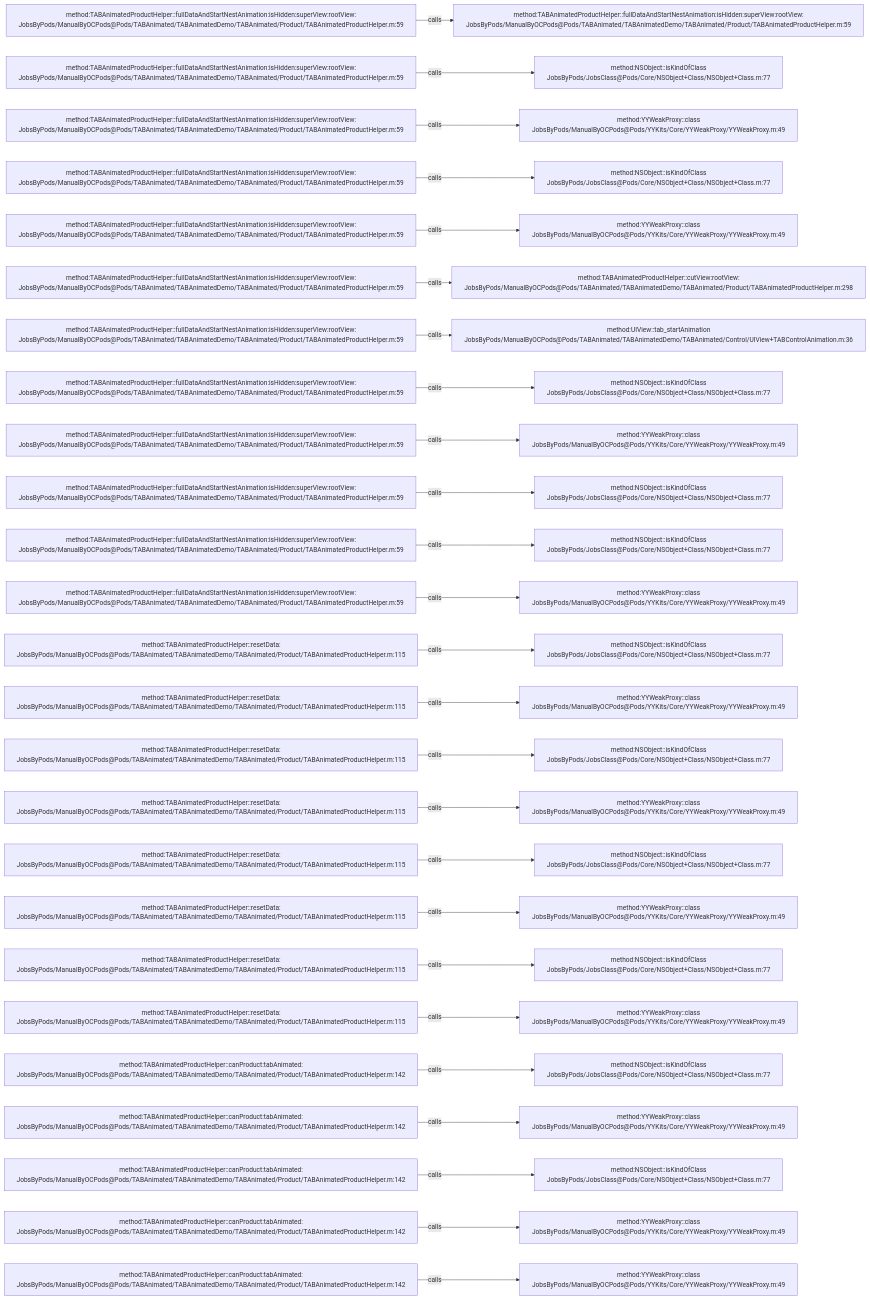
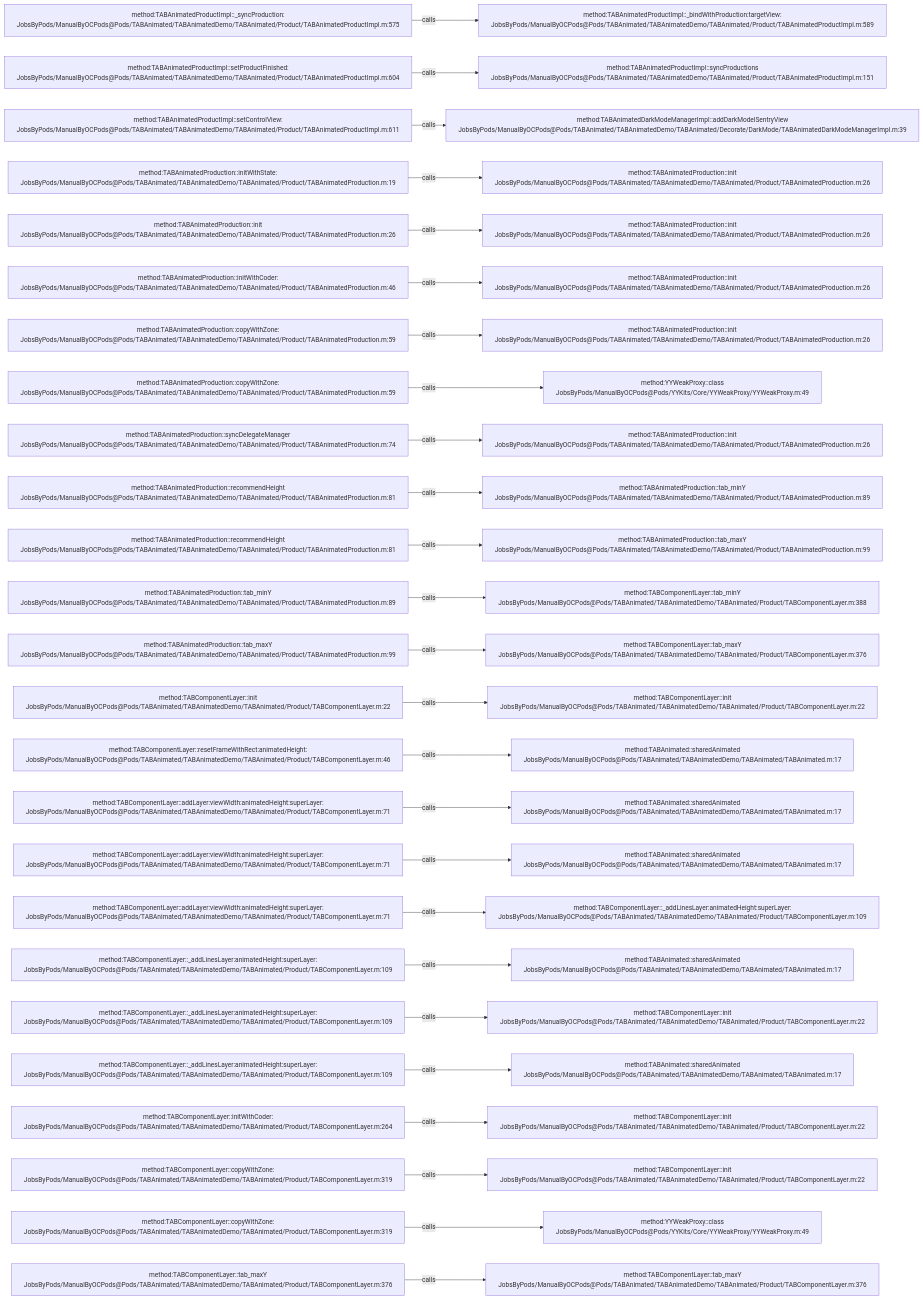
One commit to JobsKits/JobsOCBaseConfigDemo changed the diagram in .codegraph/codegraph.md/graphs/calls-025.md. Above: the diagram before and after it, drawn with Mermaid. The commit also changed 2723 other files, not shown here.

````diff
--- a/.codegraph/codegraph.md/graphs/calls-025.md
+++ b/.codegraph/codegraph.md/graphs/calls-025.md
@@ -13,78 +13,78 @@
 ```mermaid
 flowchart LR
-  S1["method:TABAnimatedProductHelper::fullDataAndStartNestAnimation:isHidden:superView:rootView:<br/>JobsByPods/ManualByOCPods@Pods/TABAnimated/TABAnimatedDemo/TABAnimated/Product/TABAnimatedProductHelper.m:59"]
-  T1["method:TABAnimatedProductHelper::fullDataAndStartNestAnimation:isHidden:superView:rootView:<br/>JobsByPods/ManualByOCPods@Pods/TABAnimated/TABAnimatedDemo/TABAnimated/Product/TABAnimatedProductHelper.m:59"]
+  S1["method:TABAnimatedProductImpl::_syncProduction:<br/>JobsByPods/ManualByOCPods@Pods/TABAnimated/TABAnimatedDemo/TABAnimated/Product/TABAnimatedProductImpl.m:575"]
+  T1["method:TABAnimatedProductImpl::_bindWithProduction:targetView:<br/>JobsByPods/ManualByOCPods@Pods/TABAnimated/TABAnimatedDemo/TABAnimated/Product/TABAnimatedProductImpl.m:589"]
   S1 -->|calls| T1
-  S2["method:TABAnimatedProductHelper::fullDataAndStartNestAnimation:isHidden:superView:rootView:<br/>JobsByPods/ManualByOCPods@Pods/TABAnimated/TABAnimatedDemo/TABAnimated/Product/TABAnimatedProductHelper.m:59"]
-  T2["method:NSObject::isKindOfClass<br/>JobsByPods/JobsClass@Pods/Core/NSObject+Class/NSObject+Class.m:77"]
+  S2["method:TABAnimatedProductImpl::setProductFinished:<br/>JobsByPods/ManualByOCPods@Pods/TABAnimated/TABAnimatedDemo/TABAnimated/Product/TABAnimatedProductImpl.m:604"]
+  T2["method:TABAnimatedProductImpl::syncProductions<br/>JobsByPods/ManualByOCPods@Pods/TABAnimated/TABAnimatedDemo/TABAnimated/Product/TABAnimatedProductImpl.m:151"]
   S2 -->|calls| T2
-  S3["method:TABAnimatedProductHelper::fullDataAndStartNestAnimation:isHidden:superView:rootView:<br/>JobsByPods/ManualByOCPods@Pods/TABAnimated/TABAnimatedDemo/TABAnimated/Product/TABAnimatedProductHelper.m:59"]
-  T3["method:YYWeakProxy::class<br/>JobsByPods/ManualByOCPods@Pods/YYKits/Core/YYWeakProxy/YYWeakProxy.m:49"]
+  S3["method:TABAnimatedProductImpl::setControlView:<br/>JobsByPods/ManualByOCPods@Pods/TABAnimated/TABAnimatedDemo/TABAnimated/Product/TABAnimatedProductImpl.m:611"]
+  T3["method:TABAnimatedDarkModeManagerImpl::addDarkModelSentryView<br/>JobsByPods/ManualByOCPods@Pods/TABAnimated/TABAnimatedDemo/TABAnimated/Decorate/DarkMode/TABAnimatedDarkModeManagerImpl.m:39"]
   S3 -->|calls| T3
-  S4["method:TABAnimatedProductHelper::fullDataAndStartNestAnimation:isHidden:superView:rootView:<br/>JobsByPods/ManualByOCPods@Pods/TABAnimated/TABAnimatedDemo/TABAnimated/Product/TABAnimatedProductHelper.m:59"]
-  T4["method:NSObject::isKindOfClass<br/>JobsByPods/JobsClass@Pods/Core/NSObject+Class/NSObject+Class.m:77"]
+  S4["method:TABAnimatedProduction::initWithState:<br/>JobsByPods/ManualByOCPods@Pods/TABAnimated/TABAnimatedDemo/TABAnimated/Product/TABAnimatedProduction.m:19"]
+  T4["method:TABAnimatedProduction::init<br/>JobsByPods/ManualByOCPods@Pods/TABAnimated/TABAnimatedDemo/TABAnimated/Product/TABAnimatedProduction.m:26"]
   S4 -->|calls| T4
-  S5["method:TABAnimatedProductHelper::fullDataAndStartNestAnimation:isHidden:superView:rootView:<br/>JobsByPods/ManualByOCPods@Pods/TABAnimated/TABAnimatedDemo/TABAnimated/Product/TABAnimatedProductHelper.m:59"]
-  T5["method:YYWeakProxy::class<br/>JobsByPods/ManualByOCPods@Pods/YYKits/Core/YYWeakProxy/YYWeakProxy.m:49"]
+  S5["method:TABAnimatedProduction::init<br/>JobsByPods/ManualByOCPods@Pods/TABAnimated/TABAnimatedDemo/TABAnimated/Product/TABAnimatedProduction.m:26"]
+  T5["method:TABAnimatedProduction::init<br/>JobsByPods/ManualByOCPods@Pods/TABAnimated/TABAnimatedDemo/TABAnimated/Product/TABAnimatedProduction.m:26"]
   S5 -->|calls| T5
-  S6["method:TABAnimatedProductHelper::fullDataAndStartNestAnimation:isHidden:superView:rootView:<br/>JobsByPods/ManualByOCPods@Pods/TABAnimated/TABAnimatedDemo/TABAnimated/Product/TABAnimatedProductHelper.m:59"]
-  T6["method:TABAnimatedProductHelper::cutView:rootView:<br/>JobsByPods/ManualByOCPods@Pods/TABAnimated/TABAnimatedDemo/TABAnimated/Product/TABAnimatedProductHelper.m:298"]
+  S6["method:TABAnimatedProduction::initWithCoder:<br/>JobsByPods/ManualByOCPods@Pods/TABAnimated/TABAnimatedDemo/TABAnimated/Product/TABAnimatedProduction.m:46"]
+  T6["method:TABAnimatedProduction::init<br/>JobsByPods/ManualByOCPods@Pods/TABAnimated/TABAnimatedDemo/TABAnimated/Product/TABAnimatedProduction.m:26"]
   S6 -->|calls| T6
-  S7["method:TABAnimatedProductHelper::fullDataAndStartNestAnimation:isHidden:superView:rootView:<br/>JobsByPods/ManualByOCPods@Pods/TABAnimated/TABAnimatedDemo/TABAnimated/Product/TABAnimatedProductHelper.m:59"]
-  T7["method:UIView::tab_startAnimation<br/>JobsByPods/ManualByOCPods@Pods/TABAnimated/TABAnimatedDemo/TABAnimated/Control/UIView+TABControlAnimation.m:36"]
+  S7["method:TABAnimatedProduction::copyWithZone:<br/>JobsByPods/ManualByOCPods@Pods/TABAnimated/TABAnimatedDemo/TABAnimated/Product/TABAnimatedProduction.m:59"]
+  T7["method:TABAnimatedProduction::init<br/>JobsByPods/ManualByOCPods@Pods/TABAnimated/TABAnimatedDemo/TABAnimated/Product/TABAnimatedProduction.m:26"]
   S7 -->|calls| T7
-  S8["method:TABAnimatedProductHelper::fullDataAndStartNestAnimation:isHidden:superView:rootView:<br/>JobsByPods/ManualByOCPods@Pods/TABAnimated/TABAnimatedDemo/TABAnimated/Product/TABAnimatedProductHelper.m:59"]
-  T8["method:NSObject::isKindOfClass<br/>JobsByPods/JobsClass@Pods/Core/NSObject+Class/NSObject+Class.m:77"]
+  S8["method:TABAnimatedProduction::copyWithZone:<br/>JobsByPods/ManualByOCPods@Pods/TABAnimated/TABAnimatedDemo/TABAnimated/Product/TABAnimatedProduction.m:59"]
+  T8["method:YYWeakProxy::class<br/>JobsByPods/ManualByOCPods@Pods/YYKits/Core/YYWeakProxy/YYWeakProxy.m:49"]
   S8 -->|calls| T8
-  S9["method:TABAnimatedProductHelper::fullDataAndStartNestAnimation:isHidden:superView:rootView:<br/>JobsByPods/ManualByOCPods@Pods/TABAnimated/TABAnimatedDemo/TABAnimated/Product/TABAnimatedProductHelper.m:59"]
-  T9["method:YYWeakProxy::class<br/>JobsByPods/ManualByOCPods@Pods/YYKits/Core/YYWeakProxy/YYWeakProxy.m:49"]
+  S9["method:TABAnimatedProduction::syncDelegateManager<br/>JobsByPods/ManualByOCPods@Pods/TABAnimated/TABAnimatedDemo/TABAnimated/Product/TABAnimatedProduction.m:74"]
+  T9["method:TABAnimatedProduction::init<br/>JobsByPods/ManualByOCPods@Pods/TABAnimated/TABAnimatedDemo/TABAnimated/Product/TABAnimatedProduction.m:26"]
   S9 -->|calls| T9
-  S10["method:TABAnimatedProductHelper::fullDataAndStartNestAnimation:isHidden:superView:rootView:<br/>JobsByPods/ManualByOCPods@Pods/TABAnimated/TABAnimatedDemo/TABAnimated/Product/TABAnimatedProductHelper.m:59"]
-  T10["method:NSObject::isKindOfClass<br/>JobsByPods/JobsClass@Pods/Core/NSObject+Class/NSObject+Class.m:77"]
+  S10["method:TABAnimatedProduction::recommendHeight<br/>JobsByPods/ManualByOCPods@Pods/TABAnimated/TABAnimatedDemo/TABAnimated/Product/TABAnimatedProduction.m:81"]
+  T10["method:TABAnimatedProduction::tab_minY<br/>JobsByPods/ManualByOCPods@Pods/TABAnimated/TABAnimatedDemo/TABAnimated/Product/TABAnimatedProduction.m:89"]
   S10 -->|calls| T10
-  S11["method:TABAnimatedProductHelper::fullDataAndStartNestAnimation:isHidden:superView:rootView:<br/>JobsByPods/ManualByOCPods@Pods/TABAnimated/TABAnimatedDemo/TABAnimated/Product/TABAnimatedProductHelper.m:59"]
-  T11["method:NSObject::isKindOfClass<br/>JobsByPods/JobsClass@Pods/Core/NSObject+Class/NSObject+Class.m:77"]
+  S11["method:TABAnimatedProduction::recommendHeight<br/>JobsByPods/ManualByOCPods@Pods/TABAnimated/TABAnimatedDemo/TABAnimated/Product/TABAnimatedProduction.m:81"]
+  T11["method:TABAnimatedProduction::tab_maxY<br/>JobsByPods/ManualByOCPods@Pods/TABAnimated/TABAnimatedDemo/TABAnimated/Product/TABAnimatedProduction.m:99"]
   S11 -->|calls| T11
-  S12["method:TABAnimatedProductHelper::fullDataAndStartNestAnimation:isHidden:superView:rootView:<br/>JobsByPods/ManualByOCPods@Pods/TABAnimated/TABAnimatedDemo/TABAnimated/Product/TABAnimatedProductHelper.m:59"]
-  T12["method:YYWeakProxy::class<br/>JobsByPods/ManualByOCPods@Pods/YYKits/Core/YYWeakProxy/YYWeakProxy.m:49"]
+  S12["method:TABAnimatedProduction::tab_minY<br/>JobsByPods/ManualByOCPods@Pods/TABAnimated/TABAnimatedDemo/TABAnimated/Product/TABAnimatedProduction.m:89"]
+  T12["method:TABComponentLayer::tab_minY<br/>JobsByPods/ManualByOCPods@Pods/TABAnimated/TABAnimatedDemo/TABAnimated/Product/TABComponentLayer.m:388"]
   S12 -->|calls| T12
-  S13["method:TABAnimatedProductHelper::resetData:<br/>JobsByPods/ManualByOCPods@Pods/TABAnimated/TABAnimatedDemo/TABAnimated/Product/TABAnimatedProductHelper.m:115"]
-  T13["method:NSObject::isKindOfClass<br/>JobsByPods/JobsClass@Pods/Core/NSObject+Class/NSObject+Class.m:77"]
+  S13["method:TABAnimatedProduction::tab_maxY<br/>JobsByPods/ManualByOCPods@Pods/TABAnimated/TABAnimatedDemo/TABAnimated/Product/TABAnimatedProduction.m:99"]
+  T13["method:TABComponentLayer::tab_maxY<br/>JobsByPods/ManualByOCPods@Pods/TABAnimated/TABAnimatedDemo/TABAnimated/Product/TABComponentLayer.m:376"]
   S13 -->|calls| T13
-  S14["method:TABAnimatedProductHelper::resetData:<br/>JobsByPods/ManualByOCPods@Pods/TABAnimated/TABAnimatedDemo/TABAnimated/Product/TABAnimatedProductHelper.m:115"]
-  T14["method:YYWeakProxy::class<br/>JobsByPods/ManualByOCPods@Pods/YYKits/Core/YYWeakProxy/YYWeakProxy.m:49"]
+  S14["method:TABComponentLayer::init<br/>JobsByPods/ManualByOCPods@Pods/TABAnimated/TABAnimatedDemo/TABAnimated/Product/TABComponentLayer.m:22"]
+  T14["method:TABComponentLayer::init<br/>JobsByPods/ManualByOCPods@Pods/TABAnimated/TABAnimatedDemo/TABAnimated/Product/TABComponentLayer.m:22"]
   S14 -->|calls| T14
-  S15["method:TABAnimatedProductHelper::resetData:<br/>JobsByPods/ManualByOCPods@Pods/TABAnimated/TABAnimatedDemo/TABAnimated/Product/TABAnimatedProductHelper.m:115"]
-  T15["method:NSObject::isKindOfClass<br/>JobsByPods/JobsClass@Pods/Core/NSObject+Class/NSObject+Class.m:77"]
+  S15["method:TABComponentLayer::resetFrameWithRect:animatedHeight:<br/>JobsByPods/ManualByOCPods@Pods/TABAnimated/TABAnimatedDemo/TABAnimated/Product/TABComponentLayer.m:46"]
+  T15["method:TABAnimated::sharedAnimated<br/>JobsByPods/ManualByOCPods@Pods/TABAnimated/TABAnimatedDemo/TABAnimated/TABAnimated.m:17"]
   S15 -->|calls| T15
-  S16["method:TABAnimatedProductHelper::resetData:<br/>JobsByPods/ManualByOCPods@Pods/TABAnimated/TABAnimatedDemo/TABAnimated/Product/TABAnimatedProductHelper.m:115"]
-  T16["method:YYWeakProxy::class<br/>JobsByPods/ManualByOCPods@Pods/YYKits/Core/YYWeakProxy/YYWeakProxy.m:49"]
+  S16["method:TABComponentLayer::addLayer:viewWidth:animatedHeight:superLayer:<br/>JobsByPods/ManualByOCPods@Pods/TABAnimated/TABAnimatedDemo/TABAnimated/Product/TABComponentLayer.m:71"]
+  T16["method:TABAnimated::sharedAnimated<br/>JobsByPods/ManualByOCPods@Pods/TABAnimated/TABAnimatedDemo/TABAnimated/TABAnimated.m:17"]
   S16 -->|calls| T16
-  S17["method:TABAnimatedProductHelper::resetData:<br/>JobsByPods/ManualByOCPods@Pods/TABAnimated/TABAnimatedDemo/TABAnimated/Product/TABAnimatedProductHelper.m:115"]
-  T17["method:NSObject::isKindOfClass<br/>JobsByPods/JobsClass@Pods/Core/NSObject+Class/NSObject+Class.m:77"]
+  S17["method:TABComponentLayer::addLayer:viewWidth:animatedHeight:superLayer:<br/>JobsByPods/ManualByOCPods@Pods/TABAnimated/TABAnimatedDemo/TABAnimated/Product/TABComponentLayer.m:71"]
+  T17["method:TABAnimated::sharedAnimated<br/>JobsByPods/ManualByOCPods@Pods/TABAnimated/TABAnimatedDemo/TABAnimated/TABAnimated.m:17"]
   S17 -->|calls| T17
-  S18["method:TABAnimatedProductHelper::resetData:<br/>JobsByPods/ManualByOCPods@Pods/TABAnimated/TABAnimatedDemo/TABAnimated/Product/TABAnimatedProductHelper.m:115"]
-  T18["method:YYWeakProxy::class<br/>JobsByPods/ManualByOCPods@Pods/YYKits/Core/YYWeakProxy/YYWeakProxy.m:49"]
+  S18["method:TABComponentLayer::addLayer:viewWidth:animatedHeight:superLayer:<br/>JobsByPods/ManualByOCPods@Pods/TABAnimated/TABAnimatedDemo/TABAnimated/Product/TABComponentLayer.m:71"]
+  T18["method:TABComponentLayer::_addLinesLayer:animatedHeight:superLayer:<br/>JobsByPods/ManualByOCPods@Pods/TABAnimated/TABAnimatedDemo/TABAnimated/Product/TABComponentLayer.m:109"]
   S18 -->|calls| T18
-  S19["method:TABAnimatedProductHelper::resetData:<br/>JobsByPods/ManualByOCPods@Pods/TABAnimated/TABAnimatedDemo/TABAnimated/Product/TABAnimatedProductHelper.m:115"]
-  T19["method:NSObject::isKindOfClass<br/>JobsByPods/JobsClass@Pods/Core/NSObject+Class/NSObject+Class.m:77"]
+  S19["method:TABComponentLayer::_addLinesLayer:animatedHeight:superLayer:<br/>JobsByPods/ManualByOCPods@Pods/TABAnimated/TABAnimatedDemo/TABAnimated/Product/TABComponentLayer.m:109"]
+  T19["method:TABAnimated::sharedAnimated<br/>JobsByPods/ManualByOCPods@Pods/TABAnimated/TABAnimatedDemo/TABAnimated/TABAnimated.m:17"]
   S19 -->|calls| T19
-  S20["method:TABAnimatedProductHelper::resetData:<br/>JobsByPods/ManualByOCPods@Pods/TABAnimated/TABAnimatedDemo/TABAnimated/Product/TABAnimatedProductHelper.m:115"]
-  T20["method:YYWeakProxy::class<br/>JobsByPods/ManualByOCPods@Pods/YYKits/Core/YYWeakProxy/YYWeakProxy.m:49"]
+  S20["method:TABComponentLayer::_addLinesLayer:animatedHeight:superLayer:<br/>JobsByPods/ManualByOCPods@Pods/TABAnimated/TABAnimatedDemo/TABAnimated/Product/TABComponentLayer.m:109"]
+  T20["method:TABComponentLayer::init<br/>JobsByPods/ManualByOCPods@Pods/TABAnimated/TABAnimatedDemo/TABAnimated/Product/TABComponentLayer.m:22"]
   S20 -->|calls| T20
-  S21["method:TABAnimatedProductHelper::canProduct:tabAnimated:<br/>JobsByPods/ManualByOCPods@Pods/TABAnimated/TABAnimatedDemo/TABAnimated/Product/TABAnimatedProductHelper.m:142"]
-  T21["method:NSObject::isKindOfClass<br/>JobsByPods/JobsClass@Pods/Core/NSObject+Class/NSObject+Class.m:77"]
+  S21["method:TABComponentLayer::_addLinesLayer:animatedHeight:superLayer:<br/>JobsByPods/ManualByOCPods@Pods/TABAnimated/TABAnimatedDemo/TABAnimated/Product/TABComponentLayer.m:109"]
+  T21["method:TABAnimated::sharedAnimated<br/>JobsByPods/ManualByOCPods@Pods/TABAnimated/TABAnimatedDemo/TABAnimated/TABAnimated.m:17"]
   S21 -->|calls| T21
-  S22["method:TABAnimatedProductHelper::canProduct:tabAnimated:<br/>JobsByPods/ManualByOCPods@Pods/TABAnimated/TABAnimatedDemo/TABAnimated/Product/TABAnimatedProductHelper.m:142"]
-  T22["method:YYWeakProxy::class<br/>JobsByPods/ManualByOCPods@Pods/YYKits/Core/YYWeakProxy/YYWeakProxy.m:49"]
+  S22["method:TABComponentLayer::initWithCoder:<br/>JobsByPods/ManualByOCPods@Pods/TABAnimated/TABAnimatedDemo/TABAnimated/Product/TABComponentLayer.m:264"]
+  T22["method:TABComponentLayer::init<br/>JobsByPods/ManualByOCPods@Pods/TABAnimated/TABAnimatedDemo/TABAnimated/Product/TABComponentLayer.m:22"]
   S22 -->|calls| T22
-  S23["method:TABAnimatedProductHelper::canProduct:tabAnimated:<br/>JobsByPods/ManualByOCPods@Pods/TABAnimated/TABAnimatedDemo/TABAnimated/Product/TABAnimatedProductHelper.m:142"]
-  T23["method:NSObject::isKindOfClass<br/>JobsByPods/JobsClass@Pods/Core/NSObject+Class/NSObject+Class.m:77"]
+  S23["method:TABComponentLayer::copyWithZone:<br/>JobsByPods/ManualByOCPods@Pods/TABAnimated/TABAnimatedDemo/TABAnimated/Product/TABComponentLayer.m:319"]
+  T23["method:TABComponentLayer::init<br/>JobsByPods/ManualByOCPods@Pods/TABAnimated/TABAnimatedDemo/TABAnimated/Product/TABComponentLayer.m:22"]
   S23 -->|calls| T23
-  S24["method:TABAnimatedProductHelper::canProduct:tabAnimated:<br/>JobsByPods/ManualByOCPods@Pods/TABAnimated/TABAnimatedDemo/TABAnimated/Product/TABAnimatedProductHelper.m:142"]
+  S24["method:TABComponentLayer::copyWithZone:<br/>JobsByPods/ManualByOCPods@Pods/TABAnimated/TABAnimatedDemo/TABAnimated/Product/TABComponentLayer.m:319"]
   T24["method:YYWeakProxy::class<br/>JobsByPods/ManualByOCPods@Pods/YYKits/Core/YYWeakProxy/YYWeakProxy.m:49"]
   S24 -->|calls| T24
-  S25["method:TABAnimatedProductHelper::canProduct:tabAnimated:<br/>JobsByPods/ManualByOCPods@Pods/TABAnimated/TABAnimatedDemo/TABAnimated/Product/TABAnimatedProductHelper.m:142"]
-  T25["method:YYWeakProxy::class<br/>JobsByPods/ManualByOCPods@Pods/YYKits/Core/YYWeakProxy/YYWeakProxy.m:49"]
+  S25["method:TABComponentLayer::tab_maxY<br/>JobsByPods/ManualByOCPods@Pods/TABAnimated/TABAnimatedDemo/TABAnimated/Product/TABComponentLayer.m:376"]
+  T25["method:TABComponentLayer::tab_maxY<br/>JobsByPods/ManualByOCPods@Pods/TABAnimated/TABAnimatedDemo/TABAnimated/Product/TABComponentLayer.m:376"]
   S25 -->|calls| T25
 ```
````
